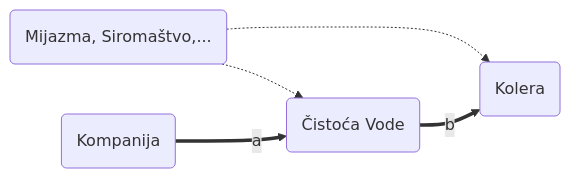
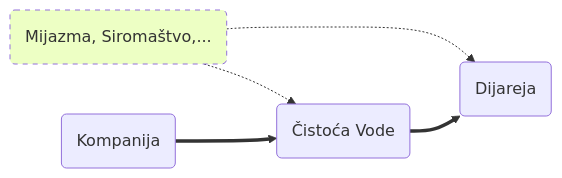
Before and after one commit to nikola-grubor/nikola-grubor.github.io: the fifth of 5 diagrams in myblog/posts/sr/kauzalno-zakljucivanje/index.qmd, drawn with Mermaid. The commit also changed other lines of this file and 20 other files, not shown here.

````diff
--- a/myblog/posts/sr/kauzalno-zakljucivanje/index.qmd
+++ b/myblog/posts/sr/kauzalno-zakljucivanje/index.qmd
@@ -172,11 +313,12 @@
 ```{mermaid}
 %%| label: fig-instrumental
 %%| fig-cap: "Something."
 
 flowchart LR
   M(Mijazma, Siromaštvo,...) -.-> W & C
-  W(Čistoća Vode) ==>|b| C(Kolera)
-  WC(Kompanija) ==>|a| W
+  W(Čistoća Vode) ==> C(Dijareja)
+  WC(Kompanija) ==> W
+  style M stroke-dasharray: 5 5, fill:#edffc4
   
   
 ```
````
